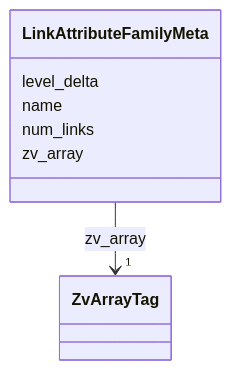
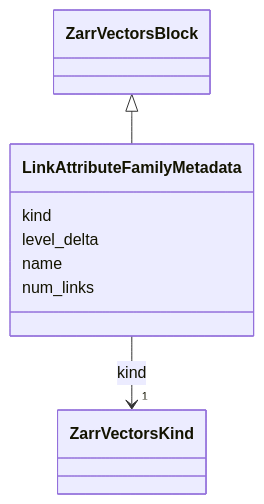
Diagram 13 of 35 in schema/reference.md (AllenInstitute/zarr-vectors-py), drawn with Mermaid before and after one commit. The commit also changed other lines of this file and 14 other files, not shown here.

First line of the commit message:
Replace the LinkML schema with the convention's model from zarr_vectors

````diff
--- a/schema/reference.md
+++ b/schema/reference.md
@@ -3504,23 +4452,26 @@
 ```mermaid
  classDiagram
-    class LinkAttributeFamilyMeta
-    click LinkAttributeFamilyMeta href "../LinkAttributeFamilyMeta/"
-      LinkAttributeFamilyMeta : level_delta
-        
-      LinkAttributeFamilyMeta : name
-        
-      LinkAttributeFamilyMeta : num_links
-        
-      LinkAttributeFamilyMeta : zv_array
+    class LinkAttributeFamilyMetadata
+    click LinkAttributeFamilyMetadata href "../LinkAttributeFamilyMetadata/"
+      ZarrVectorsBlock <|-- LinkAttributeFamilyMetadata
+        click ZarrVectorsBlock href "../ZarrVectorsBlock/"
+      
+      LinkAttributeFamilyMetadata : kind
         
           
     
         
         
-        LinkAttributeFamilyMeta --> "1" ZvArrayTag : zv_array
-        click ZvArrayTag href "../ZvArrayTag/"
+        LinkAttributeFamilyMetadata --> "1" ZarrVectorsKind : kind
+        click ZarrVectorsKind href "../ZarrVectorsKind/"
     
 
         
+      LinkAttributeFamilyMetadata : level_delta
+        
+      LinkAttributeFamilyMetadata : name
+        
+      LinkAttributeFamilyMetadata : num_links
+        
       
 ```
````
